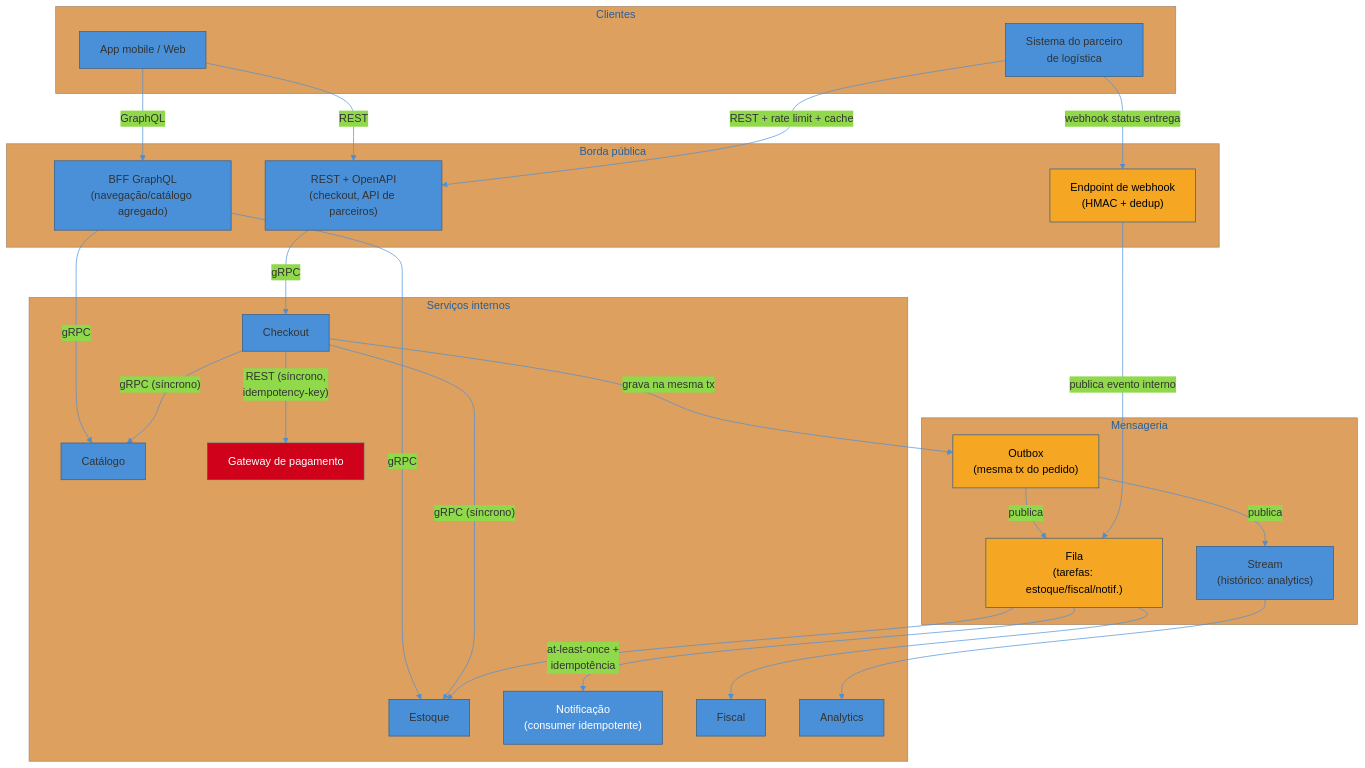
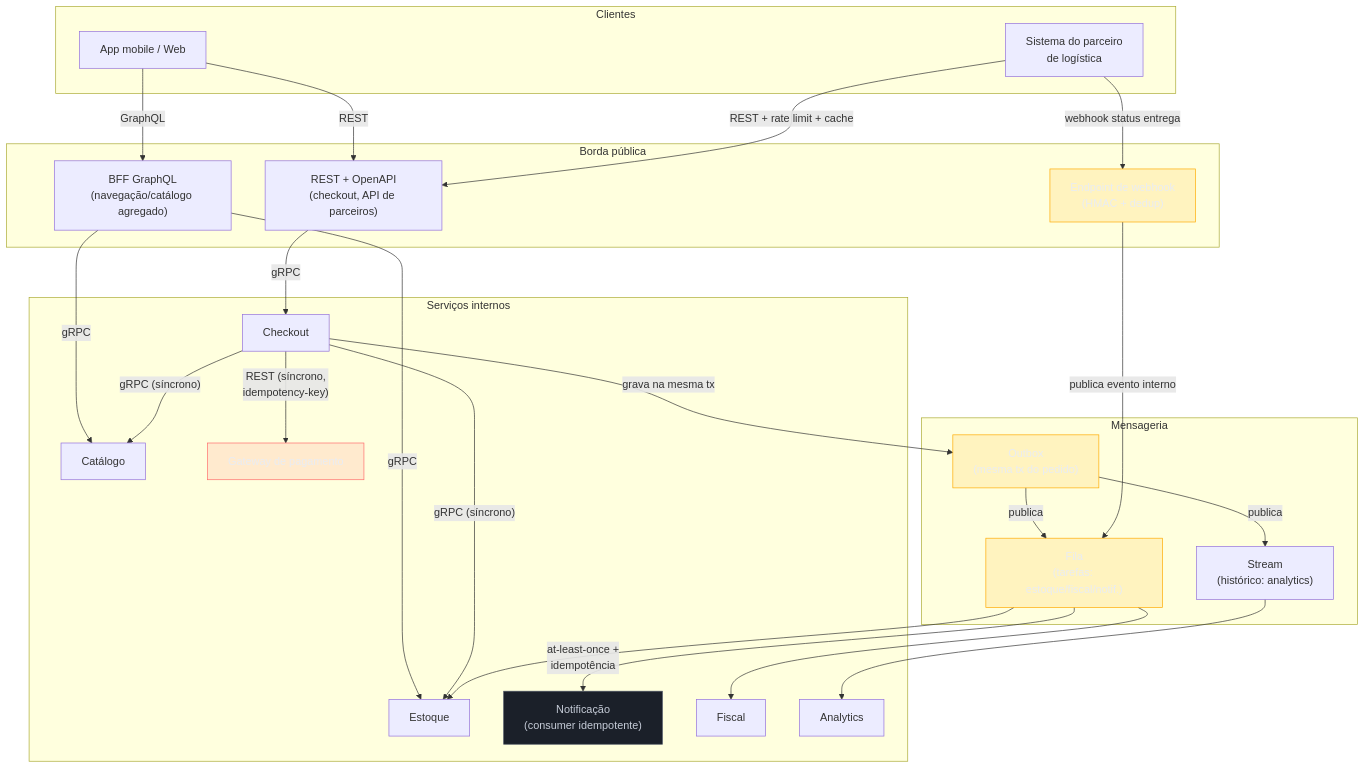
The fourth of 4 diagrams in 03-Dominios/Engenharia/Comunicação entre Sistemas/Desenhando a comunicação de um sistema do zero.md (josenaldo/codex-technomanticus), drawn with Mermaid before and after one commit. The commit also changed other lines of this file and 1181 other files, not shown here.

First line of the commit message:
fix(diagramas): paleta do sistema no lugar de cor cravada no markdown

````diff
--- a/03-Dominios/Engenharia/Comunicação entre Sistemas/Desenhando a comunicação de um sistema do zero.md
+++ b/03-Dominios/Engenharia/Comunicação entre Sistemas/Desenhando a comunicação de um sistema do zero.md
@@ -215,58 +215,60 @@
 ```mermaid
-%%{init: {"theme": "base", "themeVariables": {"primaryColor": "#4A90D9", "primaryBorderColor": "#2E5C8A", "lineColor": "#4A90D9"}}}%%
 graph TB
+    classDef falha fill:#FF6B6B24,stroke:#FF6B6B,color:#E9ECF2
+    classDef destaque fill:#FFAA0024,stroke:#FFAA00,color:#E9ECF2
+    classDef neutro fill:#1B2029,stroke:#4E5666,color:#C6CCD8
     subgraph Clientes["Clientes"]
         App["App mobile / Web"]
         Parceiro["Sistema do parceiro<br/>de logística"]
     end
 
     subgraph Borda["Borda pública"]
         BFF["BFF GraphQL<br/>(navegação/catálogo agregado)"]
         RESTpub["REST + OpenAPI<br/>(checkout, API de parceiros)"]
         WH["Endpoint de webhook<br/>(HMAC + dedup)"]
     end
 
     subgraph Internos["Serviços internos"]
         CO["Checkout"]
         CAT["Catálogo"]
         EST["Estoque"]
         PAG["Gateway de pagamento"]
         NOT["Notificação<br/>(consumer idempotente)"]
         FIS["Fiscal"]
         AN["Analytics"]
     end
 
     subgraph Msg["Mensageria"]
         OUT["Outbox<br/>(mesma tx do pedido)"]
         FILA["Fila<br/>(tarefas: estoque/fiscal/notif.)"]
         STREAM["Stream<br/>(histórico: analytics)"]
     end
 
     App -->|"GraphQL"| BFF
     App -->|"REST"| RESTpub
     Parceiro -->|"REST + rate limit + cache"| RESTpub
     Parceiro -->|"webhook status entrega"| WH
 
     BFF -->|"gRPC"| CAT
     BFF -->|"gRPC"| EST
     RESTpub -->|"gRPC"| CO
     CO -->|"gRPC (síncrono)"| EST
     CO -->|"gRPC (síncrono)"| CAT
     CO -->|"REST (síncrono,<br/>idempotency-key)"| PAG
 
     CO -->|"grava na mesma tx"| OUT
     OUT -->|"publica"| FILA
     OUT -->|"publica"| STREAM
     WH -->|"publica evento interno"| FILA
 
     FILA -->|"at-least-once +<br/>idempotência"| NOT
     FILA --> EST
     FILA --> FIS
     STREAM --> AN
 
-    style PAG fill:#D0021B,color:#fff
-    style OUT fill:#F5A623,color:#000
-    style FILA fill:#F5A623,color:#000
-    style WH fill:#F5A623,color:#000
-    style NOT fill:#4A90D9,color:#fff
+    class PAG falha
+    class OUT destaque
+    class FILA destaque
+    class WH destaque
+    class NOT neutro
 ```
````
